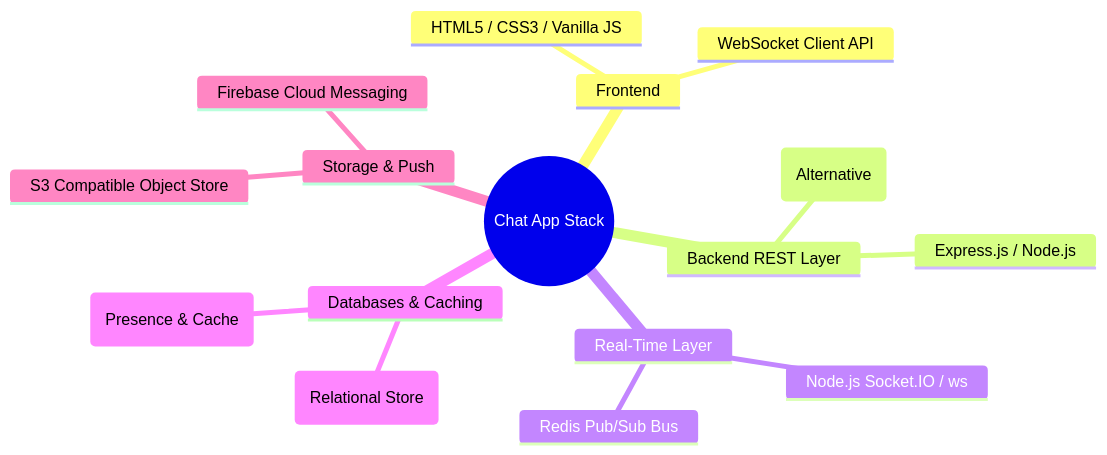
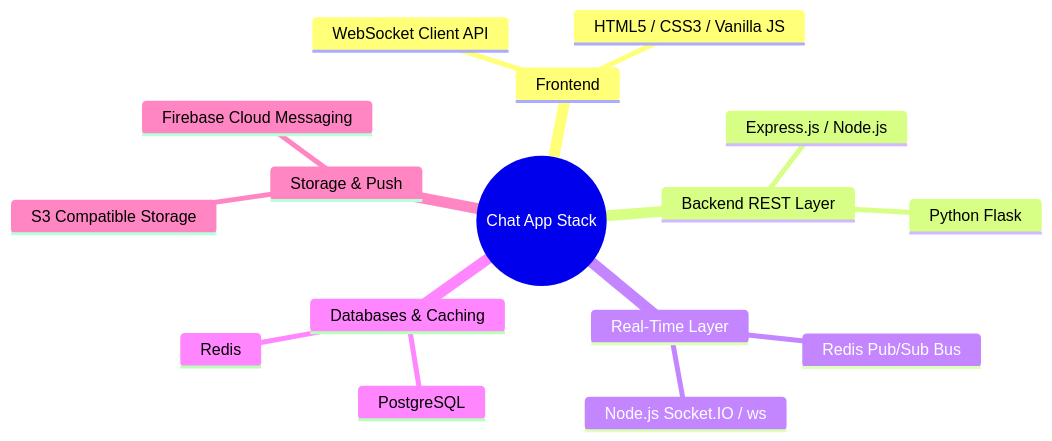
Before and after one commit to SE-Mini-Proj/SAD_Chat_Application: the second of 4 diagrams in README.md, drawn with Mermaid. The commit also changed other lines of this file and 9 other files, not shown here.

````diff
--- a/README.md
+++ b/README.md
@@ -251,19 +251,19 @@
 ```mermaid
 mindmap
   root((Chat App Stack))
     Frontend
       HTML5 / CSS3 / Vanilla JS
       WebSocket Client API
     Backend REST Layer
       Express.js / Node.js
-      Python Flask (Alternative)
+      Python Flask
     Real-Time Layer
       Node.js Socket.IO / ws
       Redis Pub/Sub Bus
     Databases & Caching
-      PostgreSQL (Relational Store)
-      Redis (Presence & Cache)
+      PostgreSQL
+      Redis
     Storage & Push
-      S3 Compatible Object Store
+      S3 Compatible Storage
       Firebase Cloud Messaging
 ```
````
